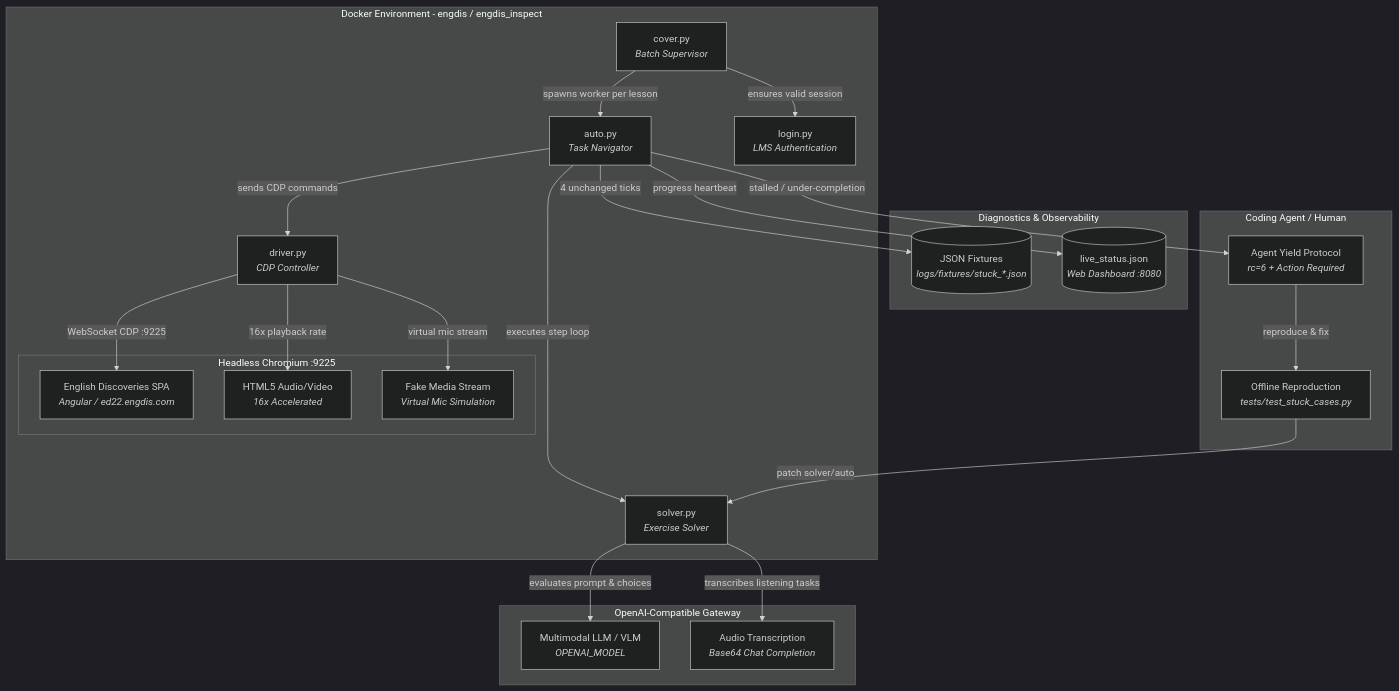
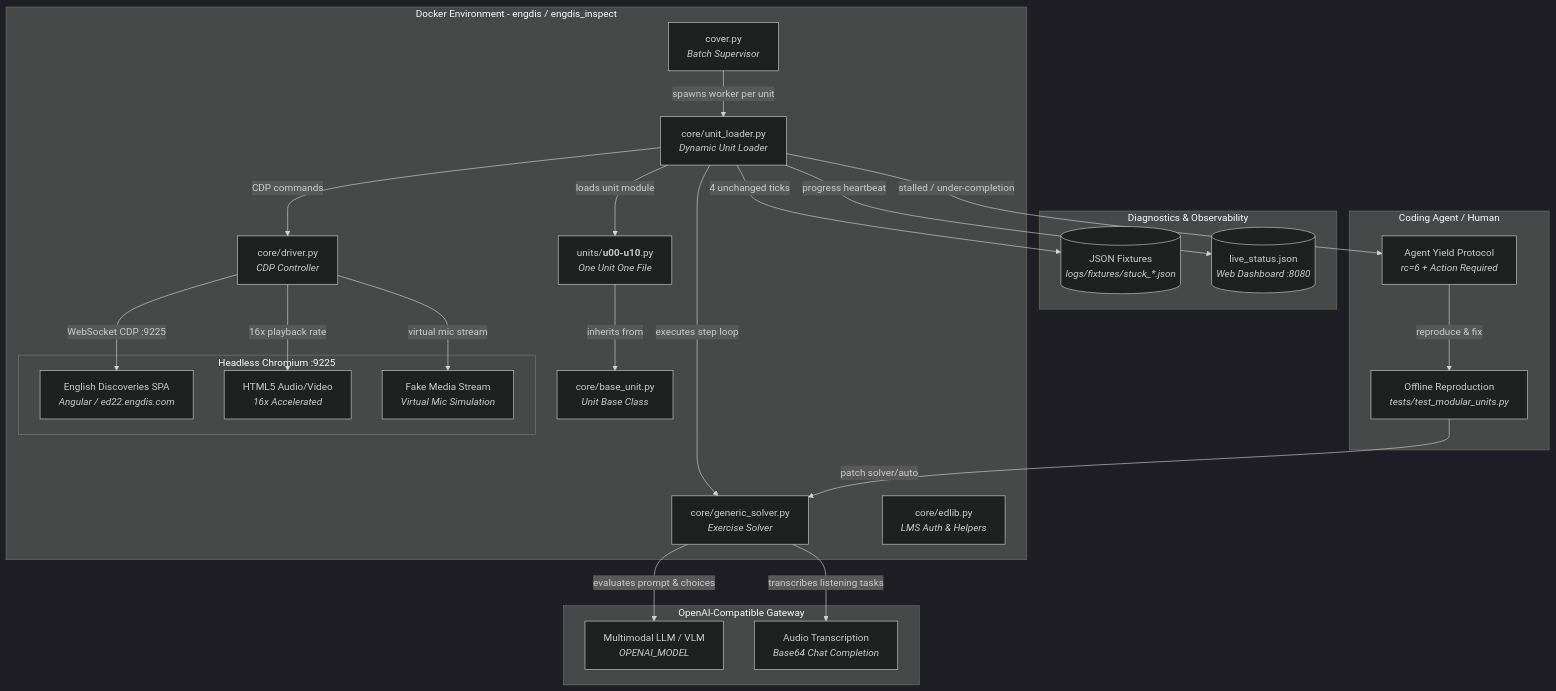
One commit to TraiNguyenVan/engdis-autopilot changed the diagram in README.md. Above: the diagram before and after it, drawn with Mermaid (dark theme). The commit also changed other lines of this file, not shown here.

Commit message:
docs: update architecture diagram and layout for modular unit structure

````diff
--- a/README.md
+++ b/README.md
@@ -67,46 +67,49 @@
 ```mermaid
 flowchart TD
     subgraph Container [Docker Environment - engdis / engdis_inspect]
         Supervisor[cover.py<br/><i>Batch Supervisor</i>]
-        Runner[auto.py<br/><i>Task Navigator</i>]
-        Solver[solver.py<br/><i>Exercise Solver</i>]
-        Driver[driver.py<br/><i>CDP Controller</i>]
-        Login[login.py<br/><i>LMS Authentication</i>]
+        Runner[core/unit_loader.py<br/><i>Dynamic Unit Loader</i>]
+        Unit[units/<b>u00-u10</b>.py<br/><i>One Unit One File</i>]
+        Base[core/base_unit.py<br/><i>Unit Base Class</i>]
+        Solver[core/generic_solver.py<br/><i>Exercise Solver</i>]
+        Driver[core/driver.py<br/><i>CDP Controller</i>]
+        Login[core/edlib.py<br/><i>LMS Auth &amp; Helpers</i>]
 
         subgraph Browser [Headless Chromium :9225]
             LMS[English Discoveries SPA<br/><i>Angular / ed22.engdis.com</i>]
             Media[HTML5 Audio/Video<br/><i>16x Accelerated</i>]
             FakeAudio[Fake Media Stream<br/><i>Virtual Mic Simulation</i>]
         end
     end
 
     subgraph LLM_Gateway [OpenAI-Compatible Gateway]
         LLM[Multimodal LLM / VLM<br/><i>OPENAI_MODEL</i>]
         ASR[Audio Transcription<br/><i>Base64 Chat Completion</i>]
     end
 
     subgraph Diagnostics [Diagnostics & Observability]
         Fixtures[(JSON Fixtures<br/><i>logs/fixtures/stuck_*.json</i>)]
         Status[(live_status.json<br/><i>Web Dashboard :8080</i>)]
     end
 
     subgraph Agent [Coding Agent / Human]
         Yield[Agent Yield Protocol<br/><i>rc=6 + Action Required</i>]
-        Patch[Offline Reproduction<br/><i>tests/test_stuck_cases.py</i>]
+        Patch[Offline Reproduction<br/><i>tests/test_modular_units.py</i>]
     end
 
-    Supervisor -->|spawns worker per lesson| Runner
-    Supervisor -->|ensures valid session| Login
+    Supervisor -->|spawns worker per unit| Runner
+    Runner -->|loads unit module| Unit
+    Unit -->|inherits from| Base
     Runner -->|executes step loop| Solver
     Solver -->|evaluates prompt & choices| LLM
     Solver -->|transcribes listening tasks| ASR
-    Runner -->|sends CDP commands| Driver
+    Runner -->|CDP commands| Driver
     Driver -->|WebSocket CDP :9225| LMS
     Driver -->|16x playback rate| Media
     Driver -->|virtual mic stream| FakeAudio
     Runner -->|4 unchanged ticks| Fixtures
     Runner -->|progress heartbeat| Status
     Runner -->|stalled / under-completion| Yield
     Yield -->|reproduce & fix| Patch
     Patch -->|patch solver/auto| Solver
 ```
````
